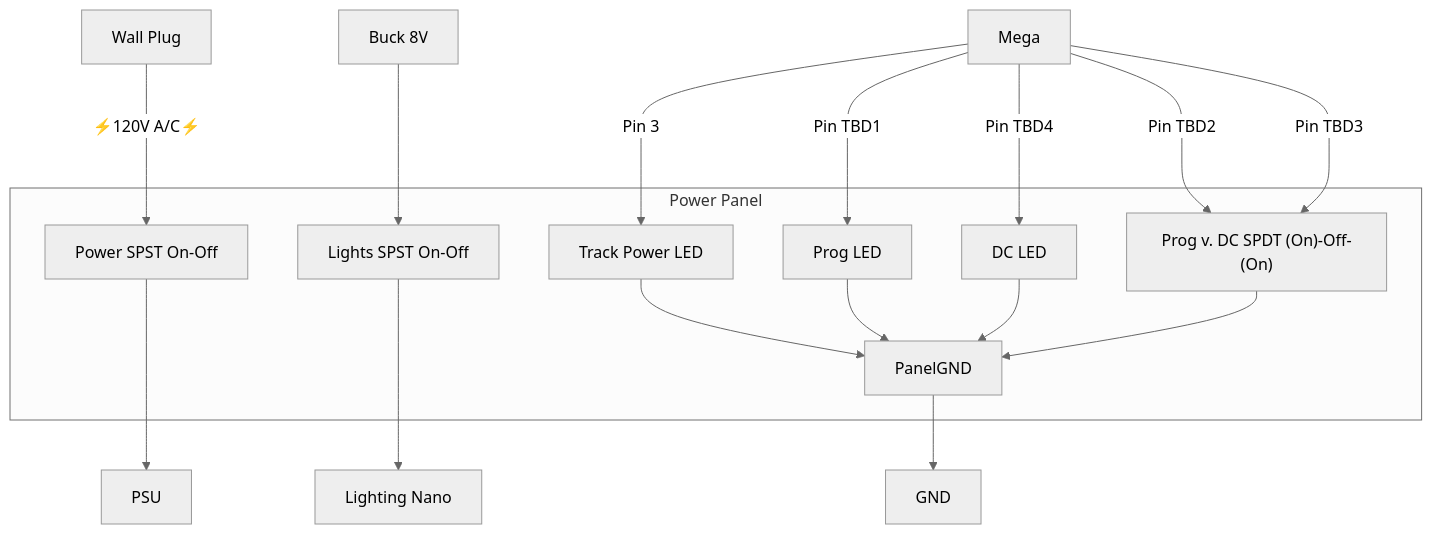
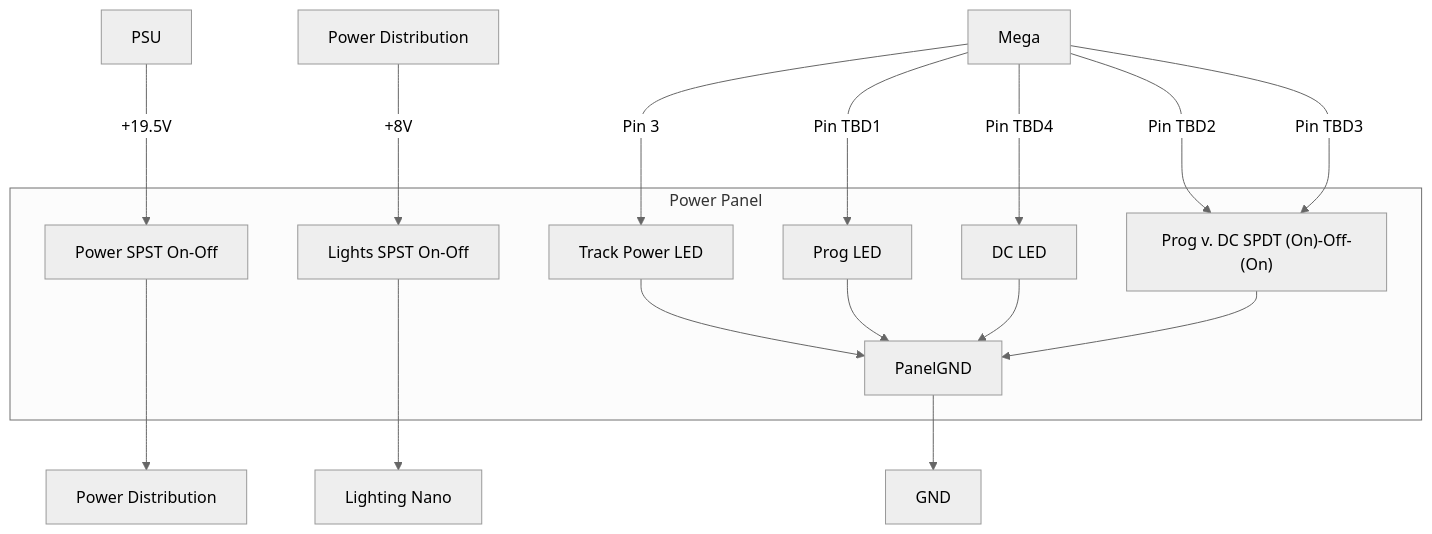
Before and after one commit to kmltechio/lumber_district: the third of 4 diagrams in diagrams.md, drawn with Mermaid (neutral theme). The commit also changed other lines of this file, not shown here.

````diff
--- a/diagrams.md
+++ b/diagrams.md
@@ -58,20 +54,20 @@
 ```mermaid
 flowchart 
   subgraph Panel[Power Panel]
     Toggle1[Power SPST On-Off]
     Toggle2[Lights SPST On-Off]
     LED1[Track Power LED]
     Toggle3["Prog v. DC SPDT (On)-Off-(On)"]
     LED2[Prog LED]
     LED3[DC LED]
     PanelGND
     end
-  Wall[Wall Plug] --->|"⚡️120V A/C⚡️"| Toggle1 ---> PSU
-  Buck8[Buck 8V] ---> Toggle2 ---> Lights[Lighting Nano]
+  PSU --->|"+19.5V"| Toggle1 ---> pd[Power Distribution]
+  pd8[Power Distribution] --->|"+8V"| Toggle2 ---> Lights[Lighting Nano]
   Mega --->|Pin 3| LED1
   Mega -->|Pin TBD1| LED2
   Mega -->|Pin TBD2| Toggle3
   Mega -->|Pin TBD3| Toggle3
   Mega -->|Pin TBD4| LED3
   LED1 & LED2 & LED3 & Toggle3 --> PanelGND --> GND
 ```
````
